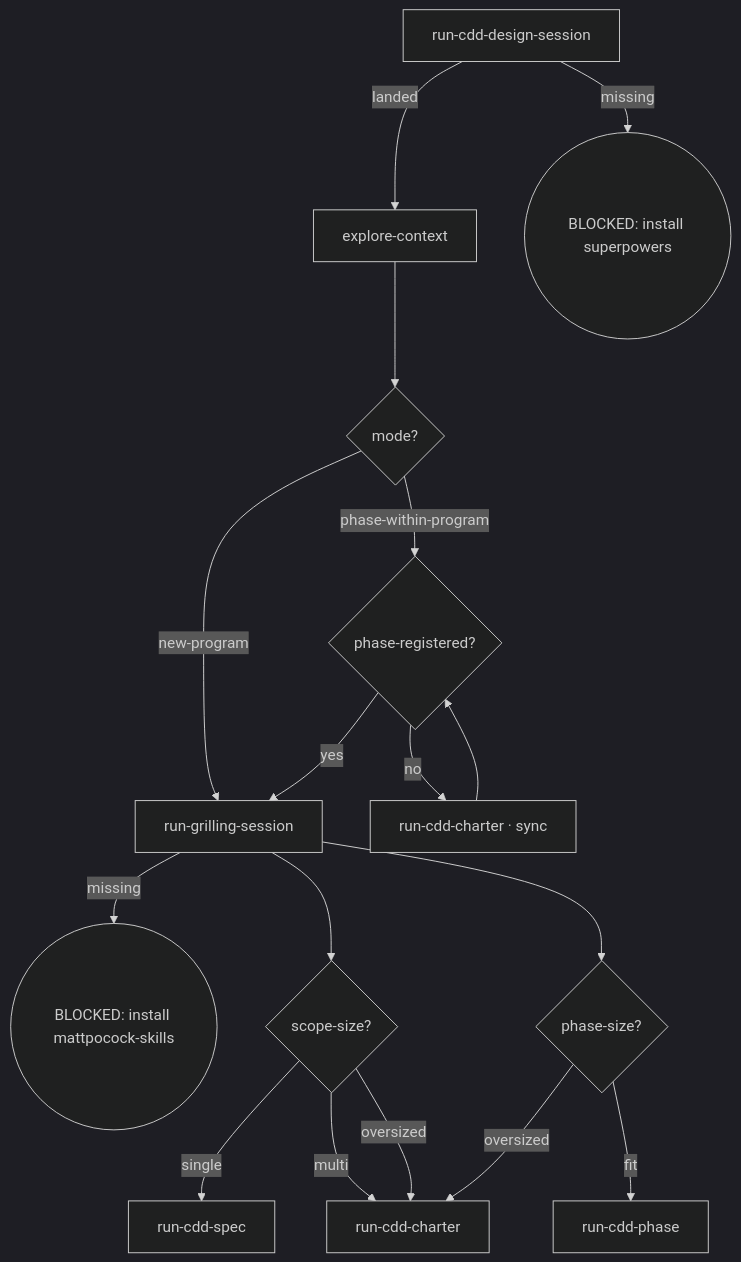
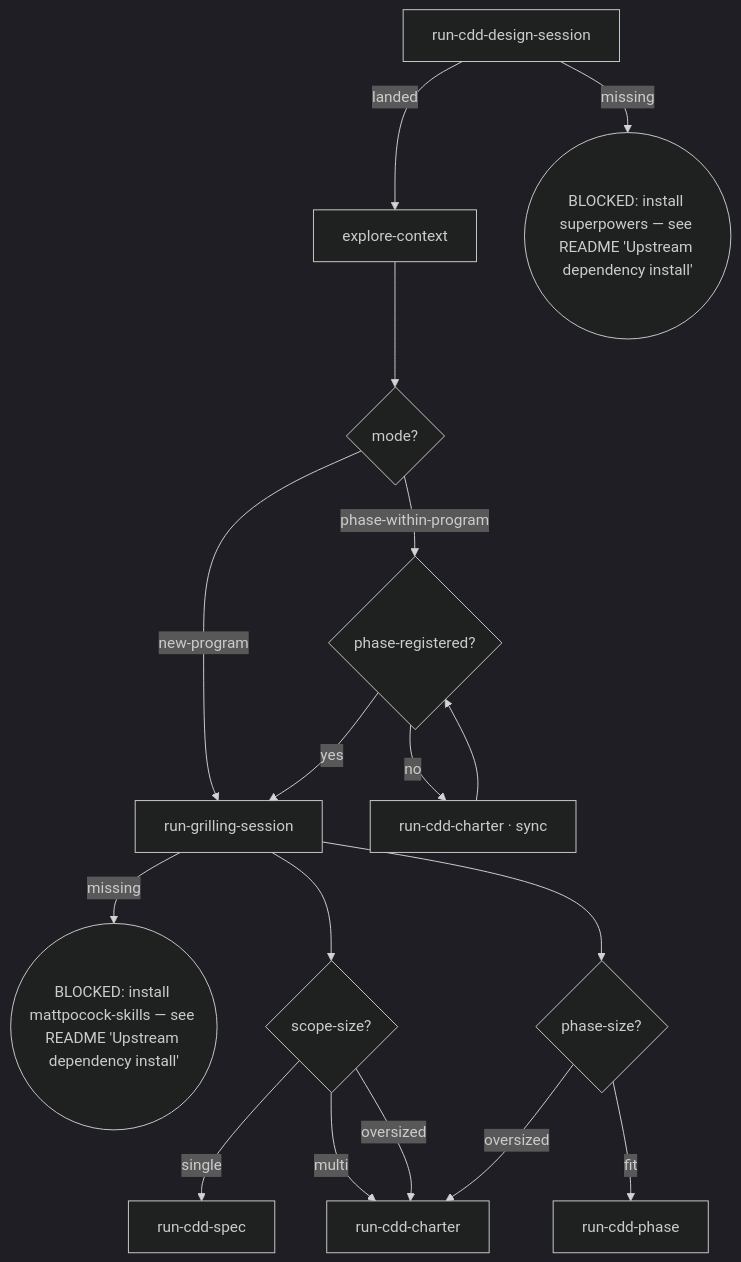
Before and after one commit to Oscaner/skills: the diagram in packages/kairos/skills/cdd-design/SKILL.md, drawn with Mermaid (dark theme). The commit also changed other lines of this file and 12 other files, not shown here.

Commit message:
fix(kairos): re-anchor BLOCKED install guidance to README install table + config/ path hygiene (T7/T8 review-1 fix)

````diff
--- a/packages/kairos/skills/cdd-design/SKILL.md
+++ b/packages/kairos/skills/cdd-design/SKILL.md
@@ -12,19 +12,19 @@
 ```mermaid
 flowchart TD
   A[run-cdd-design-session] -->|landed| B[explore-context]
-  A -->|missing| Z1((BLOCKED: install superpowers))
+  A -->|missing| Z1((BLOCKED: install superpowers — see README 'Upstream dependency install'))
   B --> C{mode?}
   C -->|new-program| G[run-grilling-session]
   C -->|phase-within-program| P{phase-registered?}
   P -->|no| S[run-cdd-charter · sync]
   S --> P
   P -->|yes| G
-  G -->|missing| Z2((BLOCKED: install mattpocock-skills))
+  G -->|missing| Z2((BLOCKED: install mattpocock-skills — see README 'Upstream dependency install'))
   G --> D{scope-size?}
   D -->|single| H[run-cdd-spec]
   D -->|multi| I[run-cdd-charter]
   D -->|oversized| I
   G --> F{phase-size?}
   F -->|fit| J[run-cdd-phase]
   F -->|oversized| I
 ```
````
